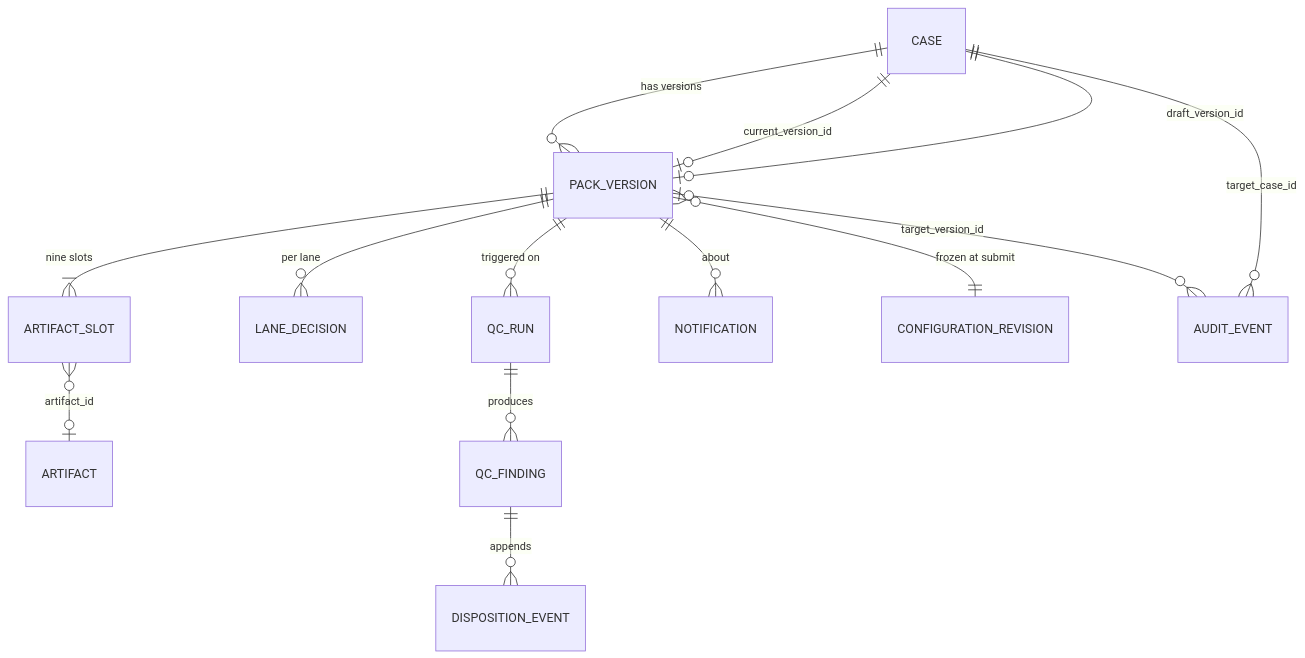
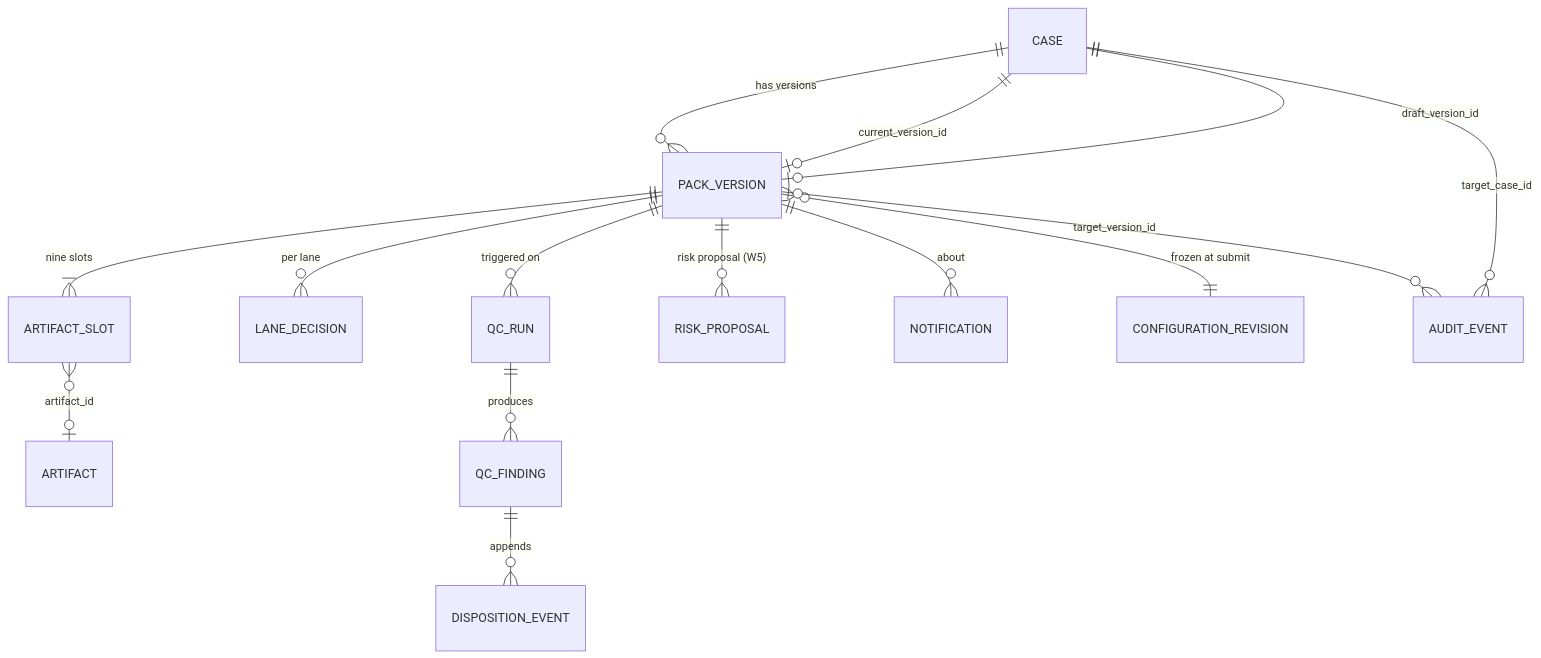
One commit to tkhongsap-io/rai-workflow-platform-poc changed the second of 2 diagrams in docs/engineering/persistence-and-artifact-store.md. Above: the diagram before and after it, drawn with Mermaid. The commit also changed other lines of this file and 18 other files, not shown here.

First line of the commit message:
W5-03: risk migration and Drizzle schema (#205) (#286)

````diff
--- a/docs/engineering/persistence-and-artifact-store.md
+++ b/docs/engineering/persistence-and-artifact-store.md
@@ -98,16 +98,17 @@
 ```mermaid
 erDiagram
     CASE ||--o{ PACK_VERSION : "has versions"
     CASE ||--o| PACK_VERSION : "current_version_id"
     CASE ||--o| PACK_VERSION : "draft_version_id"
     PACK_VERSION ||--|{ ARTIFACT_SLOT : "nine slots"
     ARTIFACT_SLOT }o--o| ARTIFACT : "artifact_id"
     PACK_VERSION ||--o{ LANE_DECISION : "per lane"
     PACK_VERSION ||--o{ QC_RUN : "triggered on"
+    PACK_VERSION ||--o{ RISK_PROPOSAL : "risk proposal (W5)"
     QC_RUN ||--o{ QC_FINDING : "produces"
     QC_FINDING ||--o{ DISPOSITION_EVENT : "appends"
     PACK_VERSION ||--o{ NOTIFICATION : "about"
     PACK_VERSION }o--|| CONFIGURATION_REVISION : "frozen at submit"
     CASE ||--o{ AUDIT_EVENT : "target_case_id"
     PACK_VERSION o|--o{ AUDIT_EVENT : "target_version_id"
 ```
````
